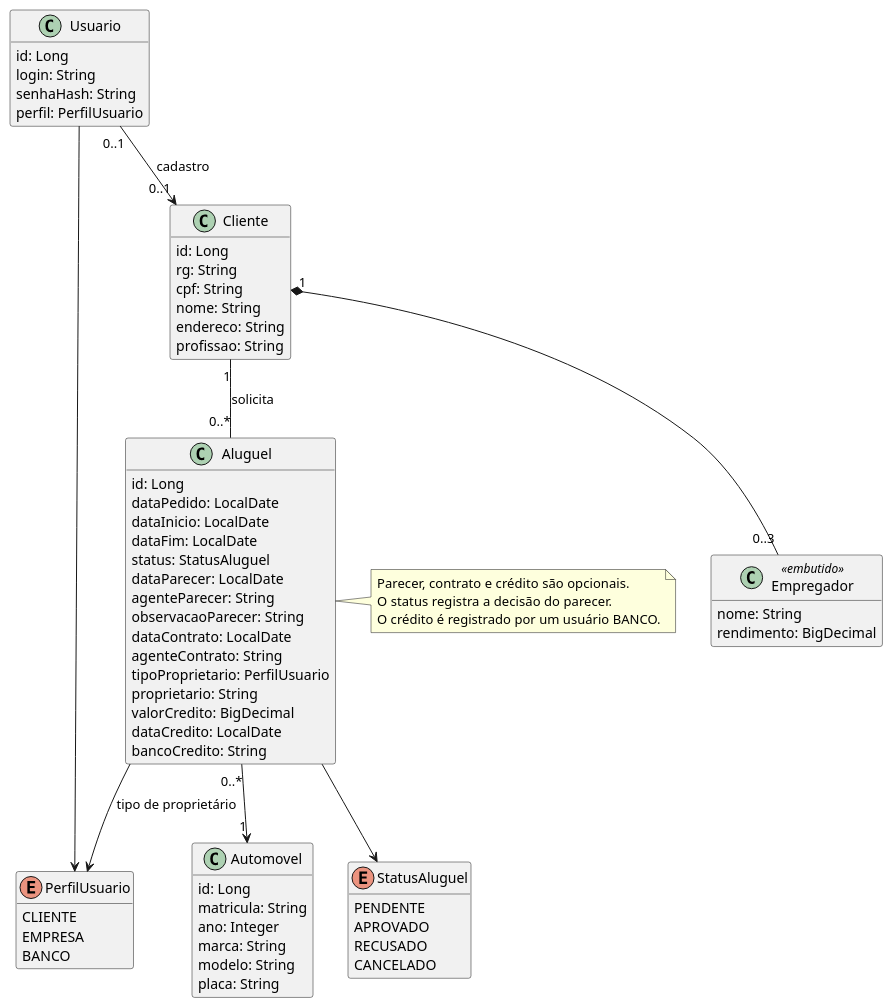
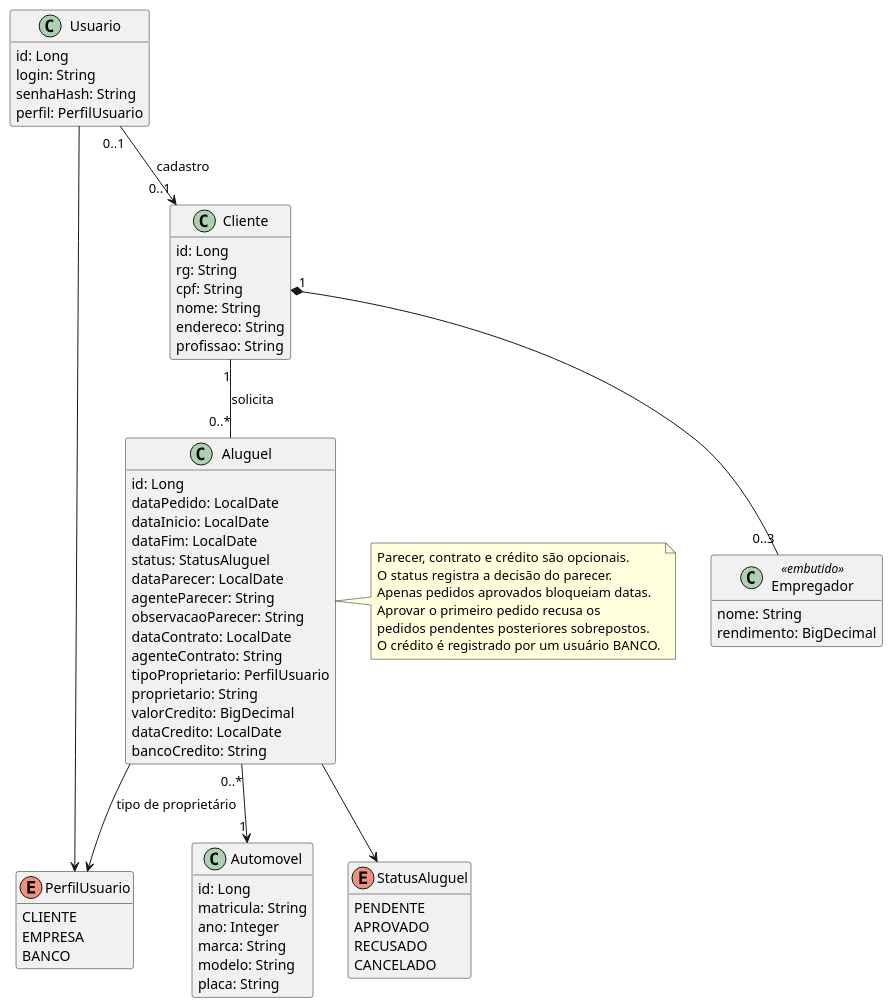
The diagram in documentacao/uml/diagrama-classes.puml (MayraSantos06/sistema-aluguel-carros), drawn with PlantUML before and after one commit. The commit also changed 15 other files, not shown here.

```diff
--- a/documentacao/uml/diagrama-classes.puml
+++ b/documentacao/uml/diagrama-classes.puml
@@ -1,69 +1,72 @@
 @startuml
 hide empty members
 class Usuario {
   id: Long
   login: String
   senhaHash: String
   perfil: PerfilUsuario
 }
 enum PerfilUsuario {
   CLIENTE
   EMPRESA
   BANCO
 }
 class Cliente {
   id: Long
   rg: String
   cpf: String
   nome: String
   endereco: String
   profissao: String
 }
 class Empregador <<embutido>> {
   nome: String
   rendimento: BigDecimal
 }
 class Automovel {
   id: Long
   matricula: String
   ano: Integer
   marca: String
   modelo: String
   placa: String
 }
 class Aluguel {
   id: Long
   dataPedido: LocalDate
   dataInicio: LocalDate
   dataFim: LocalDate
   status: StatusAluguel
   dataParecer: LocalDate
   agenteParecer: String
   observacaoParecer: String
   dataContrato: LocalDate
   agenteContrato: String
   tipoProprietario: PerfilUsuario
   proprietario: String
   valorCredito: BigDecimal
   dataCredito: LocalDate
   bancoCredito: String
 }
 enum StatusAluguel {
   PENDENTE
   APROVADO
   RECUSADO
   CANCELADO
 }
 Usuario --> PerfilUsuario
 Usuario "0..1" --> "0..1" Cliente : cadastro
 Cliente "1" *-- "0..3" Empregador
 Cliente "1" -- "0..*" Aluguel : solicita
 Aluguel "0..*" --> "1" Automovel
 Aluguel --> StatusAluguel
 Aluguel --> PerfilUsuario : tipo de proprietário
 note right of Aluguel
   Parecer, contrato e crédito são opcionais.
   O status registra a decisão do parecer.
+  Apenas pedidos aprovados bloqueiam datas.
+  Aprovar o primeiro pedido recusa os
+  pedidos pendentes posteriores sobrepostos.
   O crédito é registrado por um usuário BANCO.
 end note
 @enduml
```
